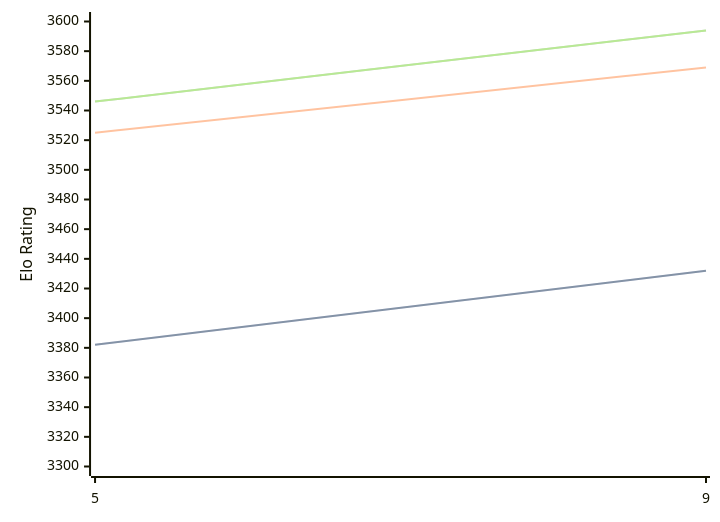
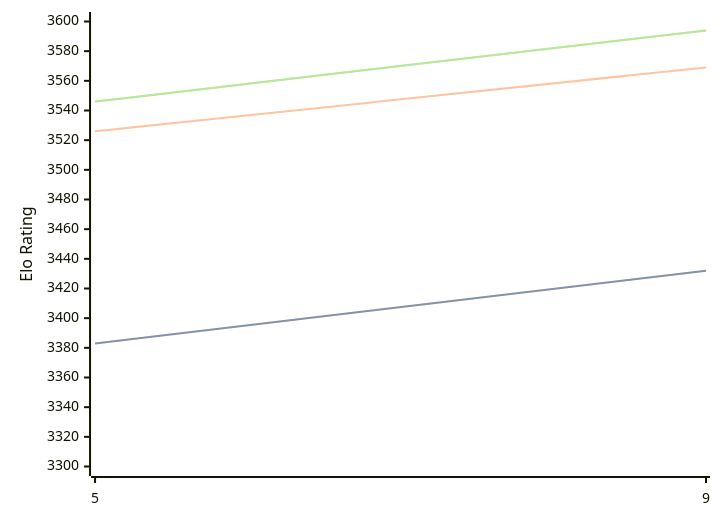
Before and after one commit to computer-chess-index/cci: the diagram in engines/Crystal.md, drawn with Mermaid. The commit also changed other lines of this file, not shown here.

````diff
--- a/engines/Crystal.md
+++ b/engines/Crystal.md
@@ -32,11 +32,11 @@
 ```mermaid
 %%{init: {"theme":"base","themeVariables":{"seriesColors:['#a3a3a3','#222221','#faa371']}}}%%
 xychart-beta
   x-axis ["5", "9"]
   y-axis "Elo Rating" 3300 --> 3600
-  line "" [3382, 3432]
-  line "STC (8.0+0.08s)" [3382, 3432]
-  line "LTC (60.0+0.60s)" [3525, 3569]
+  line "" [3383, 3432]
+  line "STC (8.0+0.08s)" [3383, 3432]
+  line "LTC (60.0+0.60s)" [3526, 3569]
   line "" [3546, 3594]
   line "VLTC (2m24s+1.12s)" [3546, 3594]
 ```
````
